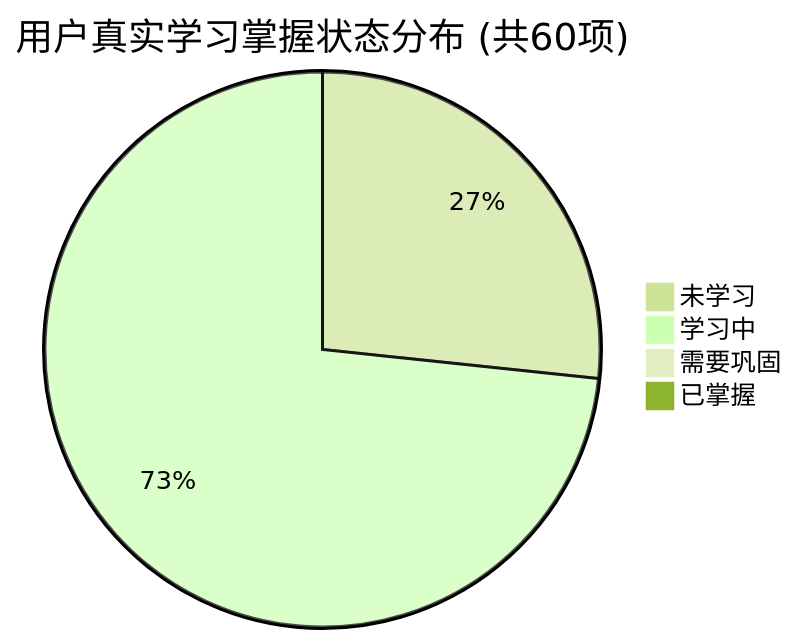
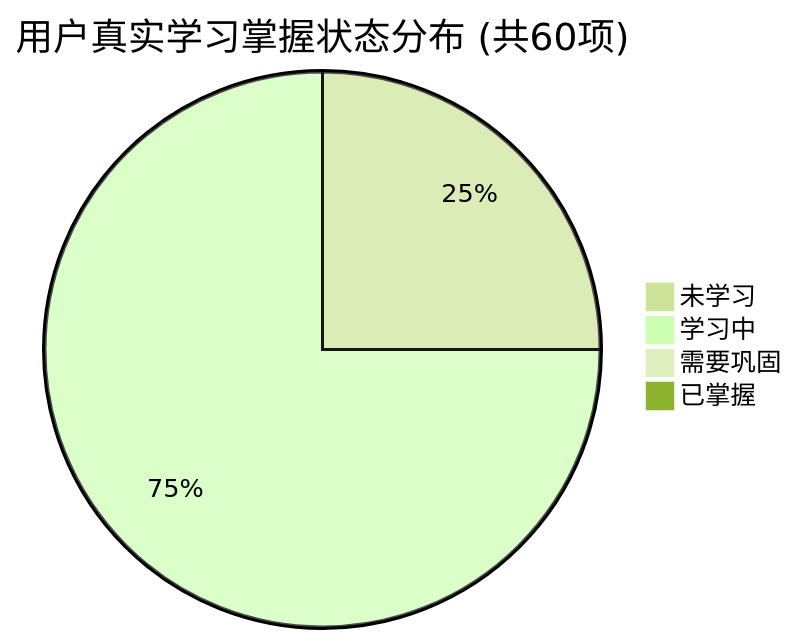
The first of 2 diagrams in PROGRESS.md (tieke1121/tech-interview-knowledge-base), drawn with Mermaid (forest theme) before and after one commit. The commit also changed other lines of this file and 1 other file, not shown here.

````diff
--- a/PROGRESS.md
+++ b/PROGRESS.md
@@ -27,7 +27,7 @@
 ```mermaid
 pie title 用户真实学习掌握状态分布 (共60项)
-    "未学习" : 16
-    "学习中" : 44
+    "未学习" : 15
+    "学习中" : 45
     "需要巩固" : 0
     "已掌握" : 0
 ```
````
